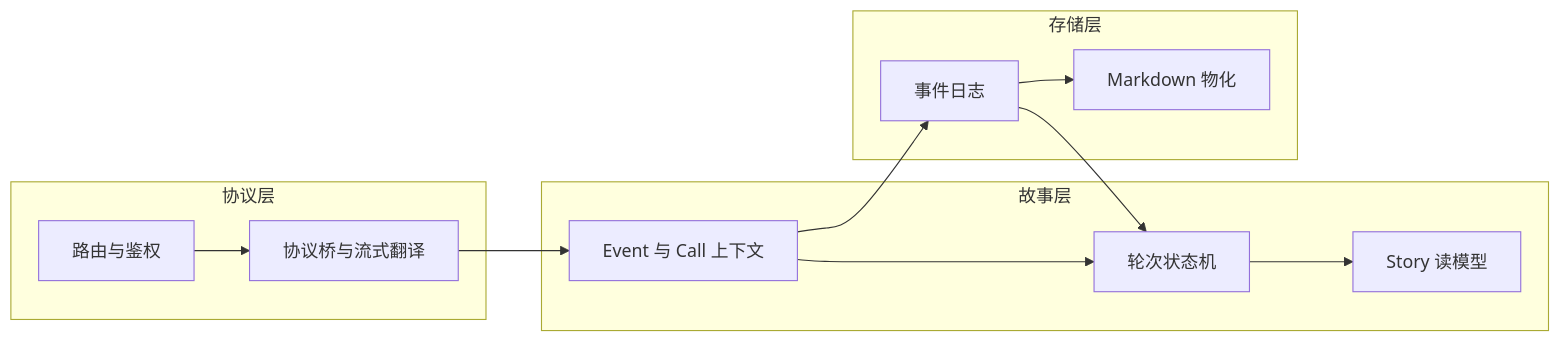
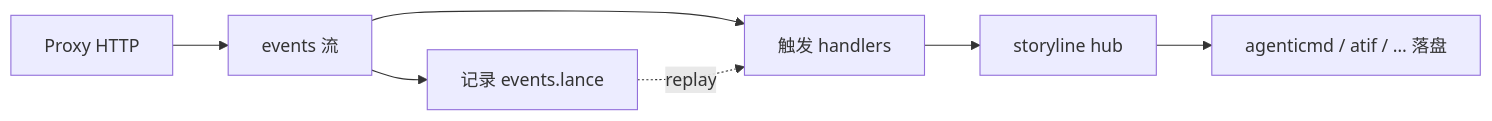
One commit to DeepLink-org/Persisting changed the first of 2 diagrams in docs/src/design/capture.md. Above: the diagram before and after it, drawn with Mermaid. The commit also changed other lines of this file and 55 other files, not shown here.

First line of the commit message:
feat: add pChronicle storyline hub and HTTP-first events RFCs

````diff
--- a/docs/src/design/capture.md
+++ b/docs/src/design/capture.md
@@ -169,24 +192,9 @@
 ```mermaid
 flowchart LR
-    subgraph Protocol["协议层"]
-        P1["路由与鉴权"]
-        P2["协议桥与流式翻译"]
-    end
-    subgraph Story["故事层"]
-        S1["Event 与 Call 上下文"]
-        S2["轮次状态机"]
-        S3["Story 读模型"]
-    end
-    subgraph Storage["存储层"]
-        ST1["事件日志"]
-        ST2["Markdown 物化"]
-    end
-
-    P1 --> P2
-    P2 --> S1
-    S1 --> S2
-    S1 --> ST1
-    ST1 --> S2
-    S2 --> S3
-    ST1 --> ST2
+    Proxy["Proxy HTTP"] --> Events["events 流"]
+    Events --> Lance["记录 events.lance"]
+    Events --> Handlers["触发 handlers"]
+    Handlers --> Storyline["storyline hub"]
+    Storyline --> Formats["agenticmd / atif / … 落盘"]
+    Lance -.->|"replay"| Handlers
 ```
````
